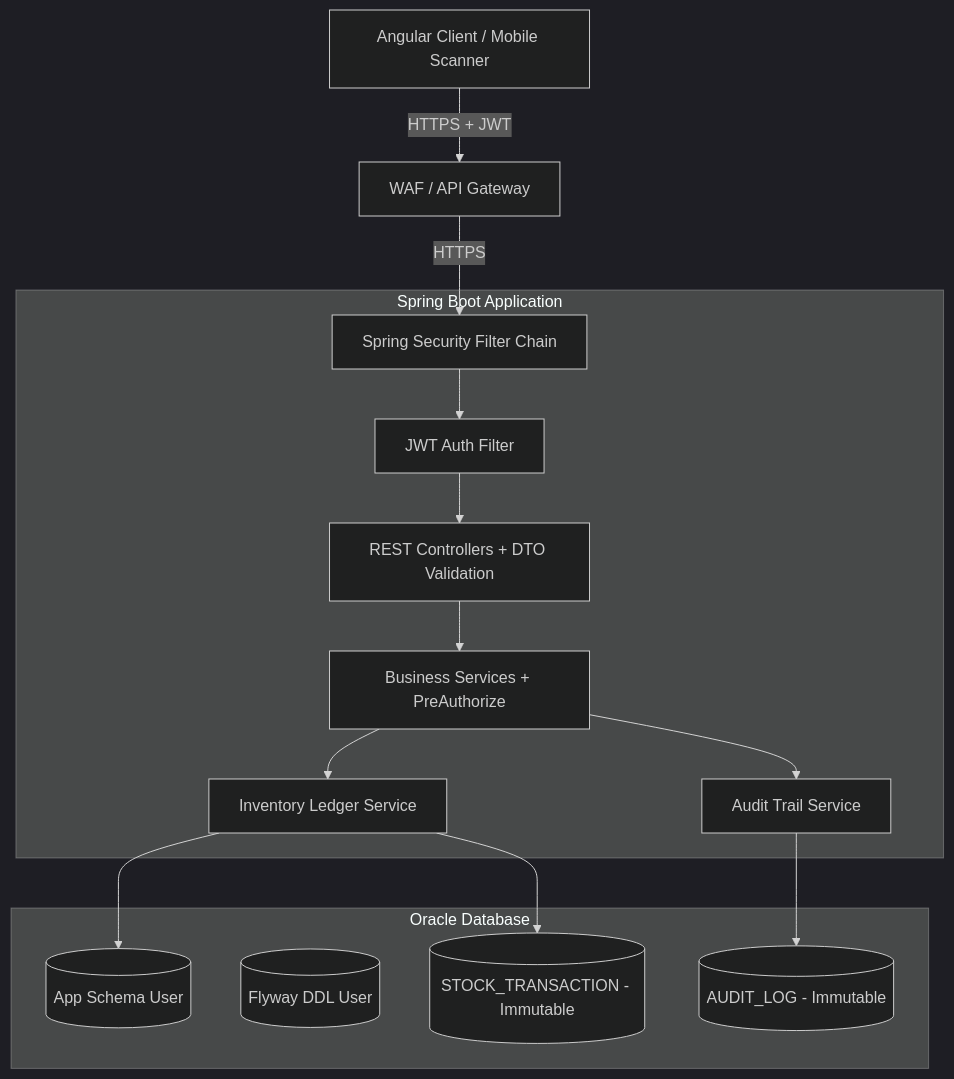
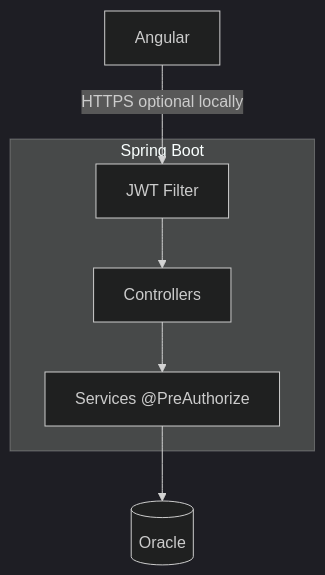
One commit to kirtika-0102/StockSmart changed the fourth of 4 diagrams in docs/security.md. Above: the diagram before and after it, drawn with Mermaid (dark theme). The commit also changed other lines of this file and 74 other files, not shown here.

Commit message:
architecture of application

````diff
--- a/docs/security.md
+++ b/docs/security.md
@@ -288,32 +157,15 @@
 ```mermaid
 flowchart TD
-    Client["Angular Client / Mobile Scanner"]
-    WAF["WAF / API Gateway"]
-    
-    subgraph "Spring Boot Application"
-        Filter["Spring Security Filter Chain"]
-        JWTFilter["JWT Auth Filter"]
-        Controller["REST Controllers + DTO Validation"]
-        Service["Business Services + PreAuthorize"]
-        Ledger["Inventory Ledger Service"]
-        Auditor["Audit Trail Service"]
+    Client["Angular"]
+    subgraph SpringBoot["Spring Boot"]
+        Filter["JWT Filter"]
+        Ctrl["Controllers"]
+        Svc["Services @PreAuthorize"]
     end
-    
-    subgraph "Oracle Database"
-        AppUser[("App Schema User")]
-        FlywayUser[("Flyway DDL User")]
-        AuditLog[("AUDIT_LOG - Immutable")]
-        StockTx[("STOCK_TRANSACTION - Immutable")]
-    end
-    
-    Client -- "HTTPS + JWT" --> WAF
-    WAF -- "HTTPS" --> Filter
-    Filter --> JWTFilter
-    JWTFilter --> Controller
-    Controller --> Service
-    Service --> Ledger
-    Service --> Auditor
-    Ledger --> AppUser
-    Auditor --> AuditLog
-    Ledger --> StockTx
+    DB[("Oracle")]
+
+    Client -->|HTTPS optional locally| Filter
+    Filter --> Ctrl
+    Ctrl --> Svc
+    Svc --> DB
 ```
````
